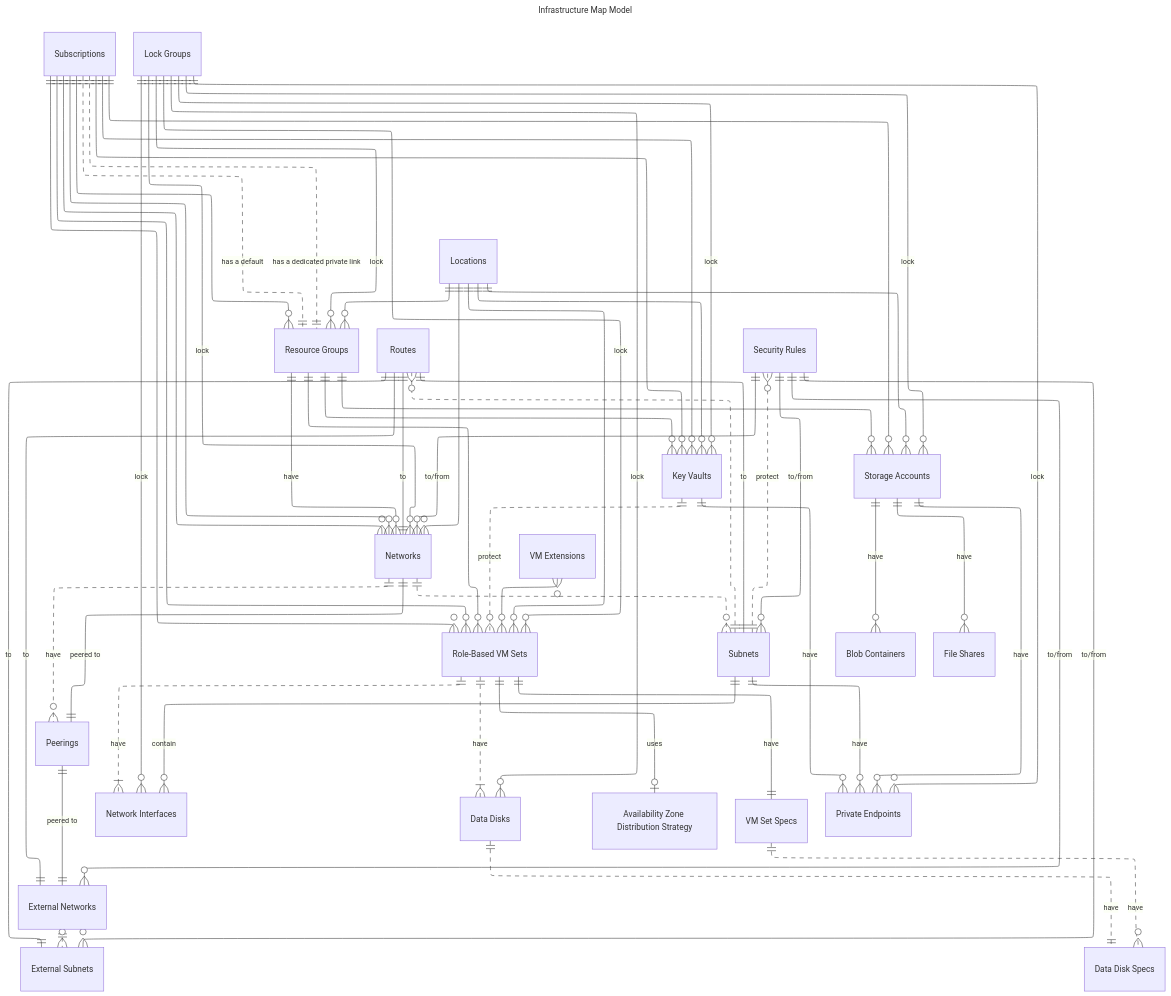
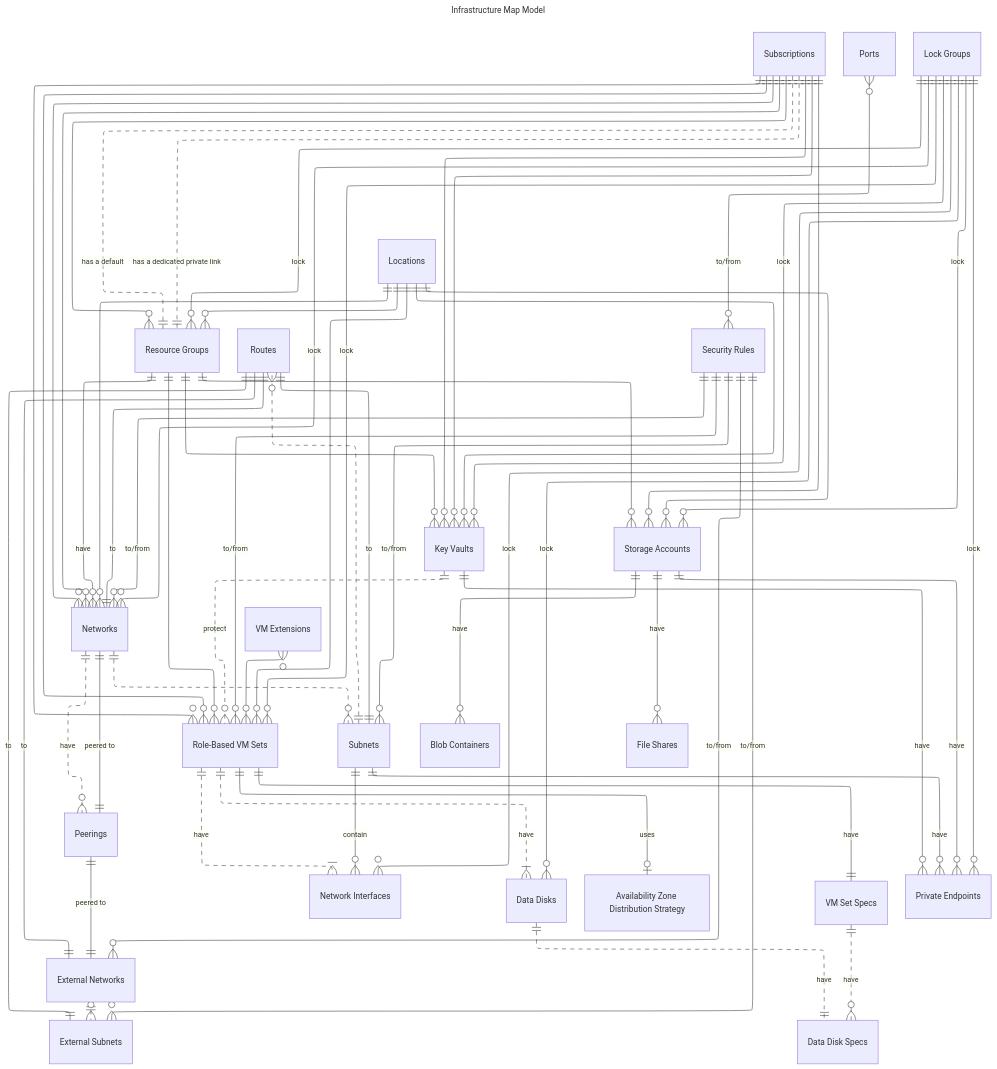
Before and after one commit to Azure/relational-infrastructure: the diagram in README.md, drawn with Mermaid.

````diff
--- a/README.md
+++ b/README.md
@@ -9,64 +9,65 @@
 ```mermaid
 ---
 title: Infrastructure Map Model
 config:
         layout: elk
 ---
 erDiagram
   Locations ||--o{ "Resource Groups" : ""
   Locations ||--o{ "Networks" : ""
   Locations ||--o{ "Role-Based VM Sets" : ""
   Locations ||--o{ "Key Vaults" : ""
   Locations ||--o{ "Storage Accounts" : ""
   Subscriptions ||--o{ "Key Vaults" : ""
   Subscriptions ||--o{ "Resource Groups" : ""
   Subscriptions ||--o{ "Networks" : ""
   Subscriptions ||--o{ "Role-Based VM Sets" : ""
   Subscriptions ||--o{ "Storage Accounts" : ""
   "Resource Groups" ||--o{ "Role-Based VM Sets" : ""
   "Resource Groups" ||--o{ "Key Vaults" : ""
   "Resource Groups" ||--o{ "Storage Accounts" : ""
   "Subscriptions" ||..|| "Resource Groups" : "has a default"
   "Subscriptions" ||..|| "Resource Groups" : "has a dedicated private link"
   "Subscriptions" ||--o{ "Networks" : ""
   "Subscriptions" ||--o{ "Role-Based VM Sets" : ""
   "Subscriptions" ||--o{ "Key Vaults" : ""
   "VM Extensions" }o--o{ "Role-Based VM Sets" : ""
   "Networks" ||..o{ "Subnets" : ""
   "External Networks" ||..o{ "External Subnets" : ""
   "Subnets" ||..o{ "Routes" : ""
   "Routes" ||--|| "Networks" : "to"
   "Routes" ||--|| "External Networks" : "to"
   "Routes" ||--|| "Subnets" : "to"
   "Routes" ||--|| "External Subnets" : "to"
-  "Subnets" ||..o{ "Security Rules" : "protect"
+  "Ports" }o--o{ "Security Rules" : "to/from"
   "Security Rules" ||--o{ "Networks" : "to/from"
   "Security Rules" ||--o{ "Subnets" : "to/from"
   "Security Rules" ||--o{ "External Networks" : "to/from"
   "Security Rules" ||--o{ "External Subnets" : "to/from"
+  "Security Rules" ||--o{ "Role-Based VM Sets" : "to/from"
   "Key Vaults" ||..o{ "Role-Based VM Sets" : "protect"
   "Role-Based VM Sets" ||..|{ "Network Interfaces" : "have"
   "Role-Based VM Sets" ||..|{ "Data Disks" : "have"
   "Subnets" ||--o{ "Network Interfaces" : "contain"
   "Role-Based VM Sets" ||--o| "Availability Zone Distribution Strategy" : "uses"
   "Role-Based VM Sets" ||--|| "VM Set Specs" : "have"
   "VM Set Specs" ||..o{ "Data Disk Specs" : "have"
   "Data Disks" ||..|| "Data Disk Specs" : "have"
   "Resource Groups" ||--o{ "Networks" : "have"
   "Key Vaults" ||--o{ "Private Endpoints" : "have"
   "Subnets" ||--o{ "Private Endpoints" : "have"
   "Storage Accounts" ||--o{ "Private Endpoints" : "have"
   "Networks" ||..o{ "Peerings" : "have"
   "Peerings" ||--|| "Networks" : "peered to"
   "Peerings" ||--|| "External Networks" : "peered to"
   "Lock Groups" ||--o{ "Resource Groups" : "lock"
   "Lock Groups" ||--o{ "Networks" : "lock"
   "Lock Groups" ||--o{ "Key Vaults" : "lock"
   "Lock Groups" ||--o{ "Role-Based VM Sets" : "lock"
   "Lock Groups" ||--o{ "Data Disks" : "lock"
   "Lock Groups" ||--o{ "Network Interfaces" : "lock"
   "Lock Groups" ||--o{ "Private Endpoints" : "lock"
   "Lock Groups" ||--o{ "Storage Accounts" : "lock"
   "Storage Accounts" ||--o{ "Blob Containers" : "have"
   "Storage Accounts" ||--o{ "File Shares" : "have"
 ```
````
